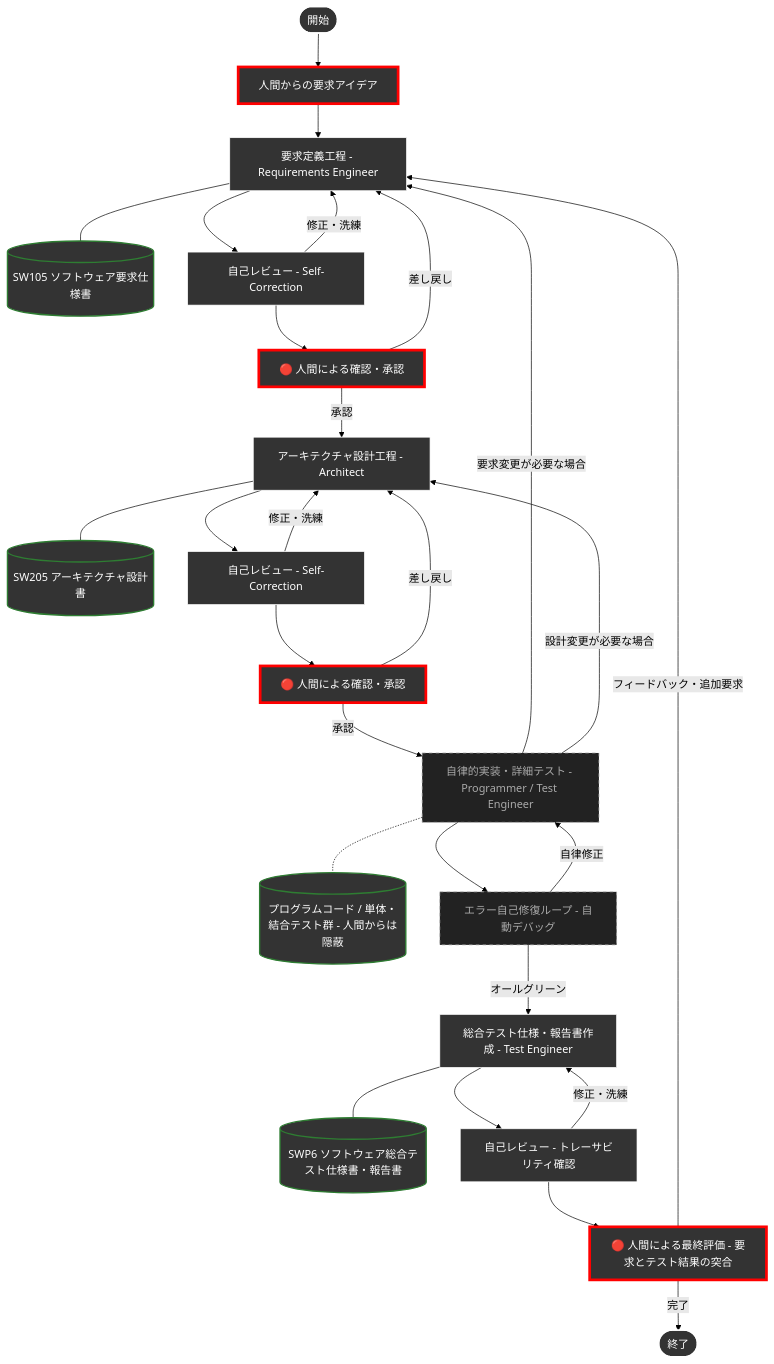
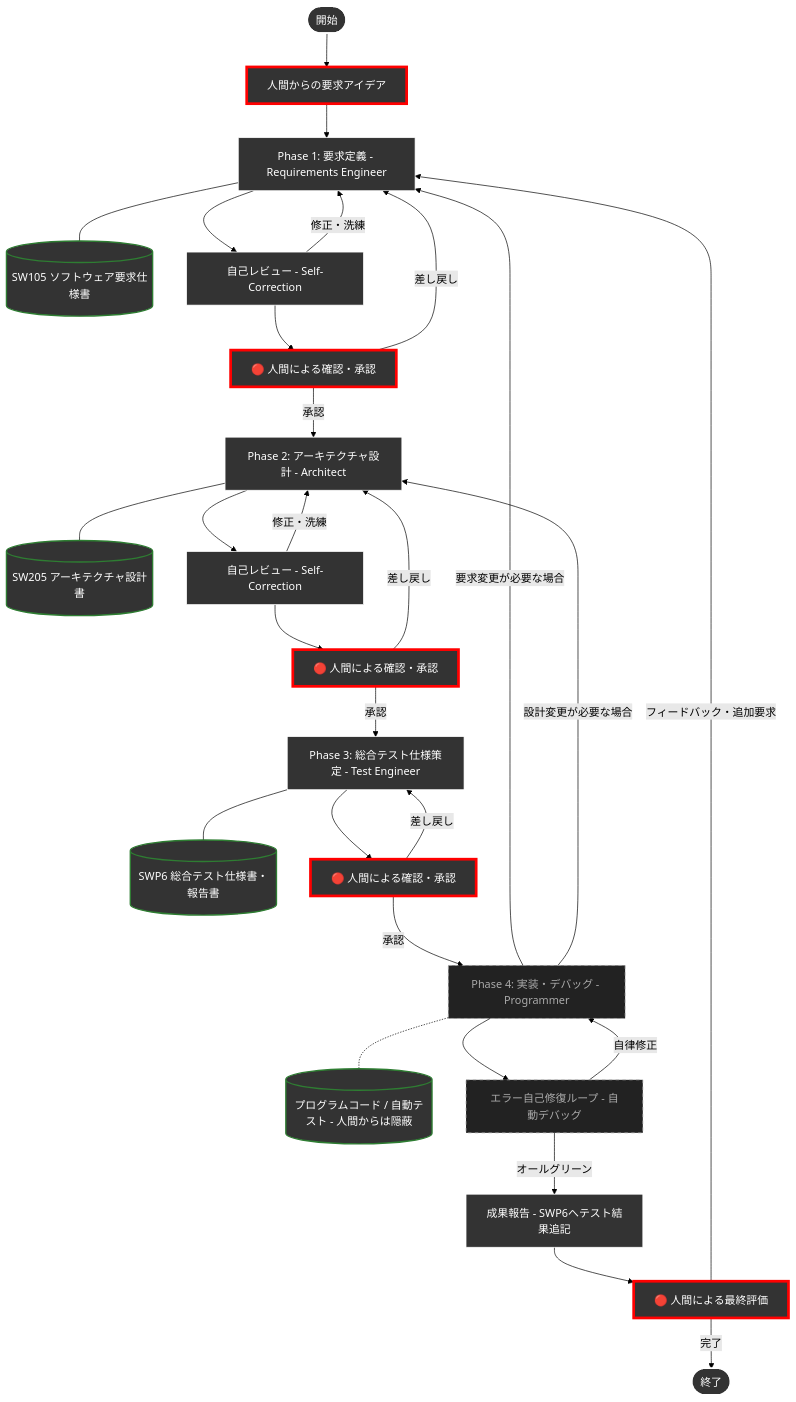
Before and after one commit to yamaPiT/AntigravityTemplate: the diagram in README.md, drawn with Mermaid (forest theme). The commit also changed other lines of this file and 38 other files, not shown here.

````diff
--- a/README.md
+++ b/README.md
@@ -86,46 +86,53 @@
 ```mermaid
 graph TD
     Start(["開始"]) --> UserReq["人間からの要求アイデア"]
-    UserReq --> Req["要求定義工程 - Requirements Engineer"]
+    
+    %% Phase 1
+    UserReq --> Req["Phase 1: 要求定義 - Requirements Engineer"]
     Req --- ReqDoc[("SW105 ソフトウェア要求仕様書")]
     Req --> ReqRev["自己レビュー - Self-Correction"]
     ReqRev -- 修正・洗練 --> Req
     ReqRev --> ReqHum["🔴 人間による確認・承認"]
     ReqHum -- 差し戻し --> Req
-    ReqHum -- 承認 --> Arch["アーキテクチャ設計工程 - Architect"]
-
+    
+    %% Phase 2
+    ReqHum -- 承認 --> Arch["Phase 2: アーキテクチャ設計 - Architect"]
     Arch --- ArchDoc[("SW205 アーキテクチャ設計書")]
     Arch --> ArchRev["自己レビュー - Self-Correction"]
     ArchRev -- 修正・洗練 --> Arch
     ArchRev --> ArchHum["🔴 人間による確認・承認"]
     ArchHum -- 差し戻し --> Arch
-    ArchHum -- 承認 --> Impl["自律的実装・詳細テスト - Programmer / Test Engineer"]
-
-    Impl -.- ProgDoc[("プログラムコード / 単体・結合テスト群 - 人間からは隠蔽")]
+    
+    %% Phase 3
+    ArchHum -- 承認 --> TestPlan["Phase 3: 総合テスト仕様策定 - Test Engineer"]
+    TestPlan --- TestDoc[("SWP6 総合テスト仕様書・報告書")]
+    TestPlan --> TestHum["🔴 人間による確認・承認"]
+    TestHum -- 差し戻し --> TestPlan
+    
+    %% Phase 4
+    TestHum -- 承認 --> Impl["Phase 4: 実装・デバッグ - Programmer"]
+    Impl -.- ProgDoc[("プログラムコード / 自動テスト - 人間からは隠蔽")]
     Impl --> ImplLoop["エラー自己修復ループ - 自動デバッグ"]
     ImplLoop -- 自律修正 --> Impl
     Impl -- 要求変更が必要な場合 --> Req
     Impl -- 設計変更が必要な場合 --> Arch
-    ImplLoop -- オールグリーン --> Test["総合テスト仕様・報告書作成 - Test Engineer"]
-
-    Test --- TestDoc[("SWP6 ソフトウェア総合テスト仕様書・報告書")]
-    Test --> TestRev["自己レビュー - トレーサビリティ確認"]
-    TestRev -- 修正・洗練 --> Test
-
-    TestRev --> Approve["🔴 人間による最終評価 - 要求とテスト結果の突合"]
+    
+    %% 成果報告
+    ImplLoop -- オールグリーン --> Report["成果報告 - SWP6へテスト結果追記"]
+    Report --> Approve["🔴 人間による最終評価"]
     Approve -- フィードバック・追加要求 --> Req
     Approve -- 完了 --> End(["終了"])
 
     %% スタイル定義
     classDef human fill:#333333,stroke:#ff0000,stroke-width:4px,color:#ffffff;
     classDef agent fill:#333333,stroke:#FFFFFF,stroke-width:1px,color:#ffffff;
     classDef doc fill:#333333,stroke:#2e7d32,stroke-width:2px,color:#ffffff;
     classDef hiddenAgent fill:#222222,stroke:#aaaaaa,stroke-width:1px,stroke-dasharray: 5 5,color:#aaaaaa;
     classDef startEnd fill:#333333,stroke:#ffffff,stroke-width:2px,color:#ffffff;
 
-    class UserReq,ReqHum,ArchHum,Approve human;
-    class Req,ReqRev,Arch,ArchRev,Test,TestRev agent;
+    class UserReq,ReqHum,ArchHum,TestHum,Approve human;
+    class Req,ReqRev,Arch,ArchRev,TestPlan,Report agent;
     class Impl,ImplLoop hiddenAgent;
     class ReqDoc,ArchDoc,ProgDoc,TestDoc doc;
     class Start,End startEnd;
 ```
````
